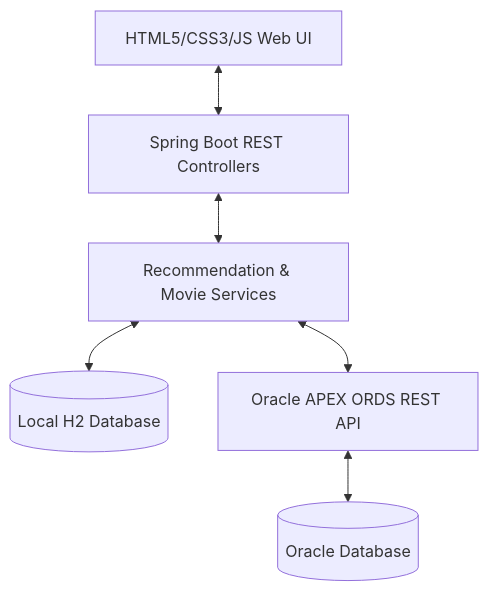
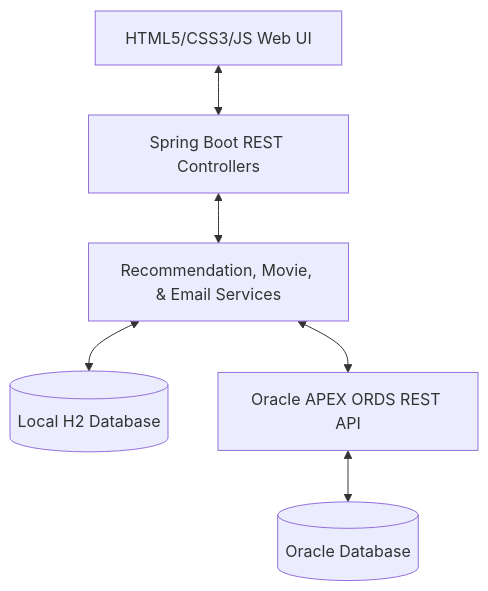
Before and after one commit to Ismail-Maalim/movie-recommendation-system: the diagram in README.md, drawn with Mermaid. The commit also changed other lines of this file, not shown here.

````diff
--- a/README.md
+++ b/README.md
@@ -39,8 +44,8 @@
 ```mermaid
 graph TD
     UI[HTML5/CSS3/JS Web UI] <--> Controller[Spring Boot REST Controllers]
-    Controller <--> Service[Recommendation & Movie Services]
+    Controller <--> Service[Recommendation, Movie, & Email Services]
     Service <--> H2[(Local H2 Database)]
     Service <--> APEX[Oracle APEX ORDS REST API]
     APEX <--> Oracle[(Oracle Database)]
 ```
````
